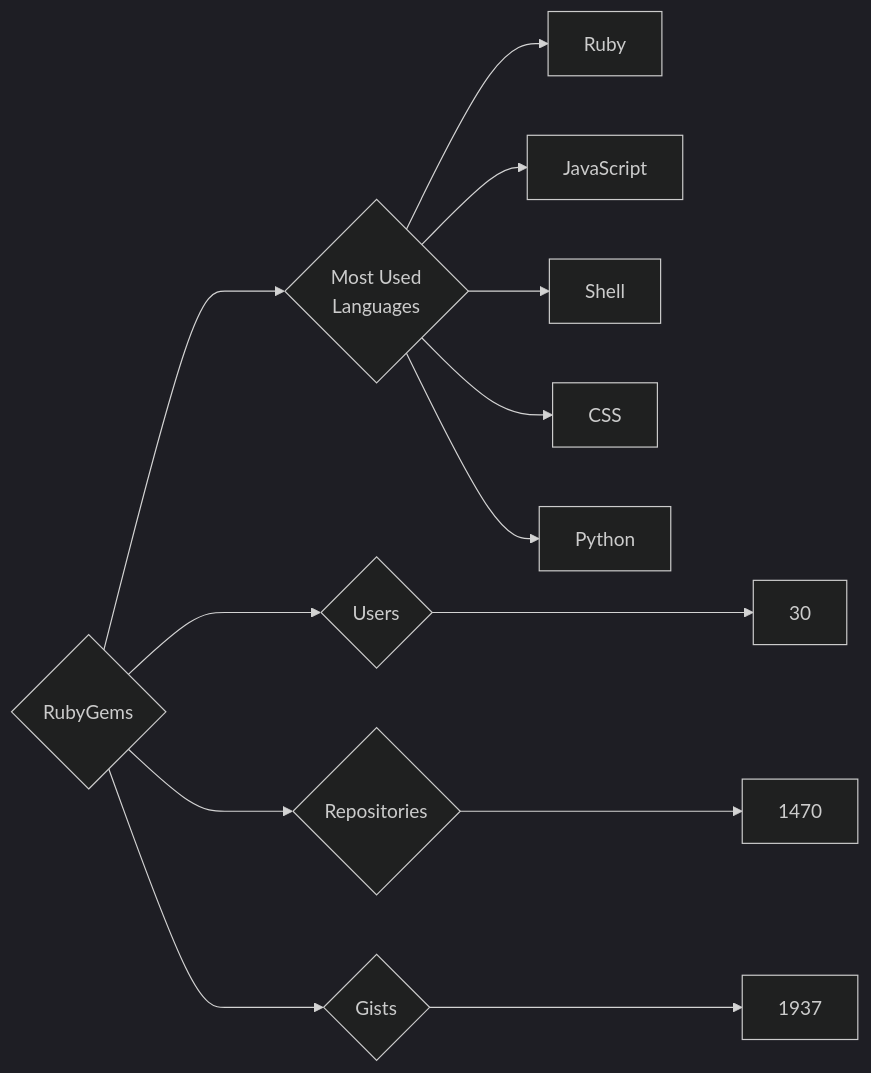
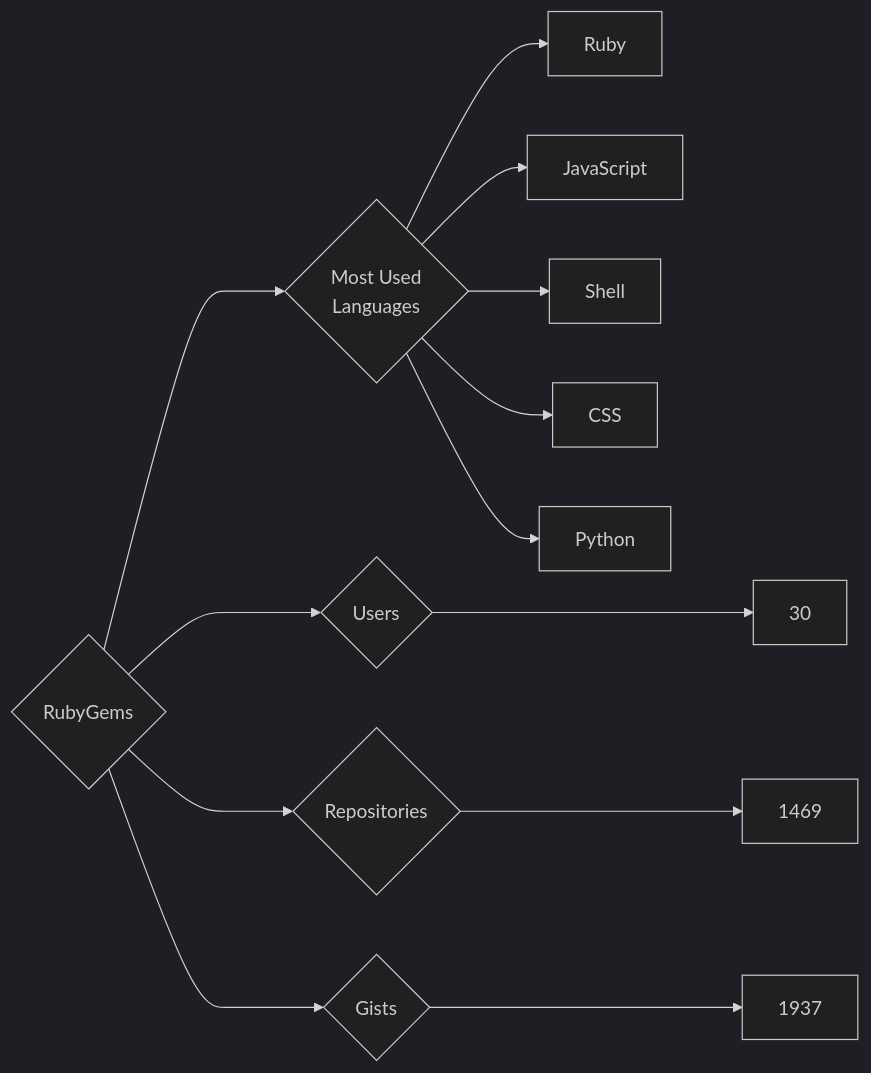
The diagram in targets/RubyGems/README.md (trickest/insiders), drawn with Mermaid (dark theme) before and after one commit. The commit also changed 823 other files, not shown here.

````diff
--- a/targets/RubyGems/README.md
+++ b/targets/RubyGems/README.md
@@ -3,13 +3,13 @@
 ```mermaid
 graph LR
 COMPANY_NAME{RubyGems}
 COMPANY_NAME ---> U{Users} ---> UN[30]
-COMPANY_NAME ---> R{Repositories} ---> RN[1470]
+COMPANY_NAME ---> R{Repositories} ---> RN[1469]
 COMPANY_NAME ---> G{Gists} ---> GN[1937]
 COMPANY_NAME ---> ML{Most Used<br>Languages}
 ML --> Ruby[Ruby]
 ML --> JavaScript[JavaScript]
 ML --> Shell[Shell]
 ML --> CSS[CSS]
 ML --> Python[Python]
 ```
````
